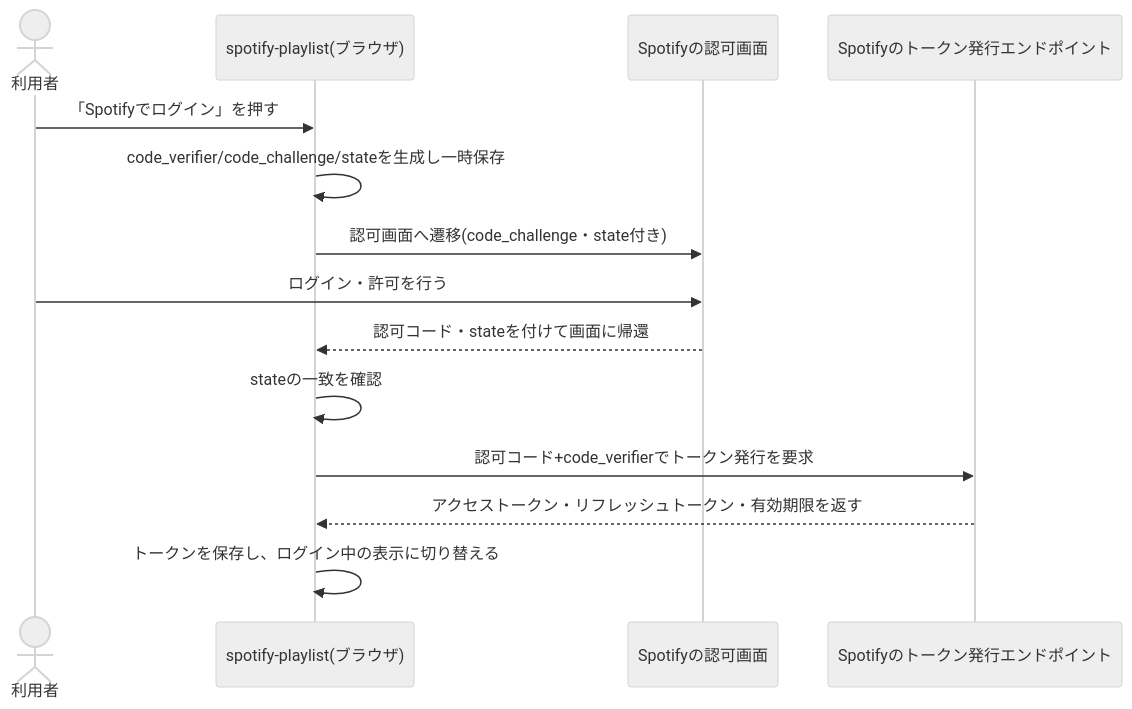
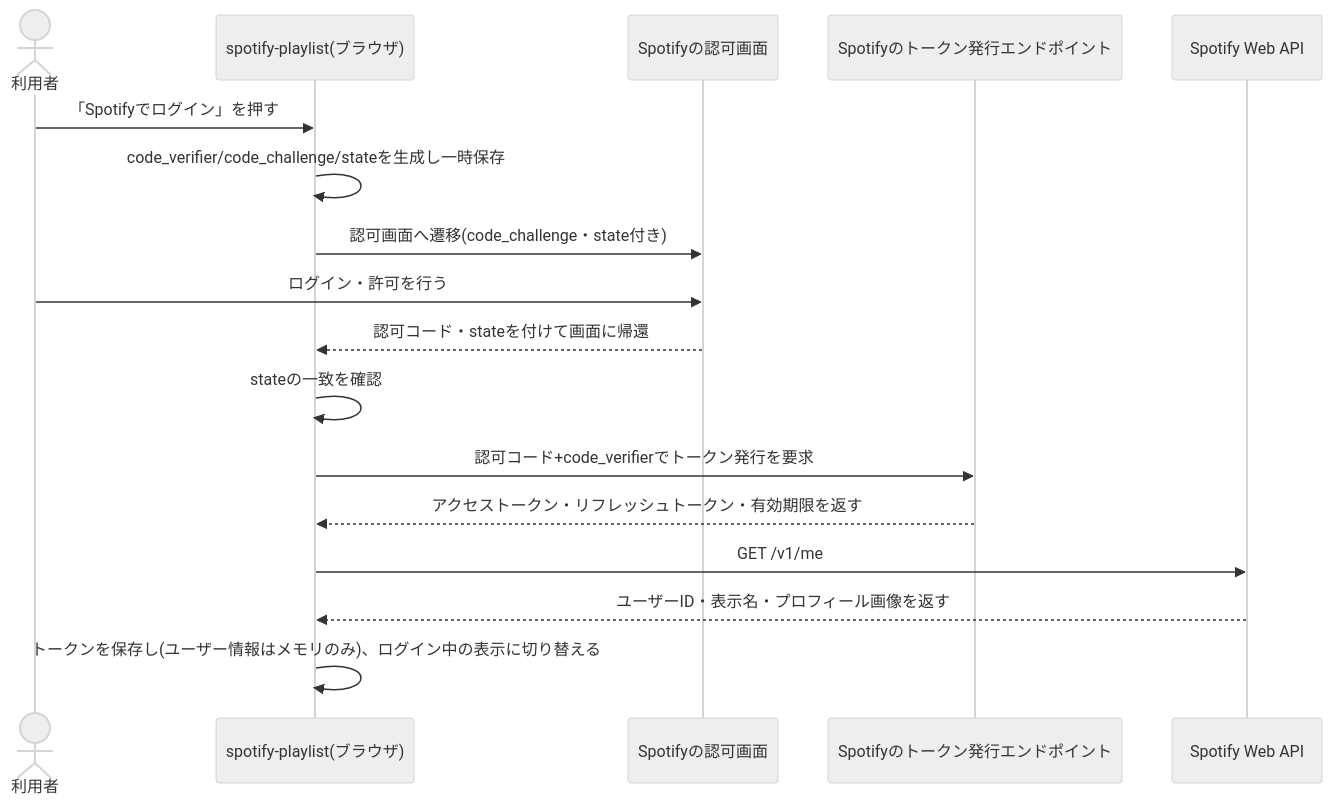
One commit to zakiyama0108/benriyatool changed the first of 3 diagrams in specs/spotify-playlist/playlist-create/design.md. Above: the diagram before and after it, drawn with Mermaid (neutral theme). The commit also changed other lines of this file and 2 other files, not shown here.

First line of the commit message:
fix(spotify-playlist): 再々レビュー指摘を反映(ユーザー情報取得処理・認可拒否・重複曲名の扱い)

````diff
--- a/specs/spotify-playlist/playlist-create/design.md
+++ b/specs/spotify-playlist/playlist-create/design.md
@@ -18,17 +20,20 @@
 ```mermaid
 sequenceDiagram
     actor user as 利用者
     participant app as spotify-playlist(ブラウザ)
     participant spotify as Spotifyの認可画面
     participant token as Spotifyのトークン発行エンドポイント
+    participant api as Spotify Web API
 
     user ->> app: 「Spotifyでログイン」を押す
     app ->> app: code_verifier/code_challenge/stateを生成し一時保存
     app ->> spotify: 認可画面へ遷移(code_challenge・state付き)
     user ->> spotify: ログイン・許可を行う
     spotify -->> app: 認可コード・stateを付けて画面に帰還
     app ->> app: stateの一致を確認
     app ->> token: 認可コード+code_verifierでトークン発行を要求
     token -->> app: アクセストークン・リフレッシュトークン・有効期限を返す
-    app ->> app: トークンを保存し、ログイン中の表示に切り替える
+    app ->> api: GET /v1/me
+    api -->> app: ユーザーID・表示名・プロフィール画像を返す
+    app ->> app: トークンを保存し(ユーザー情報はメモリのみ)、ログイン中の表示に切り替える
 ```
````
